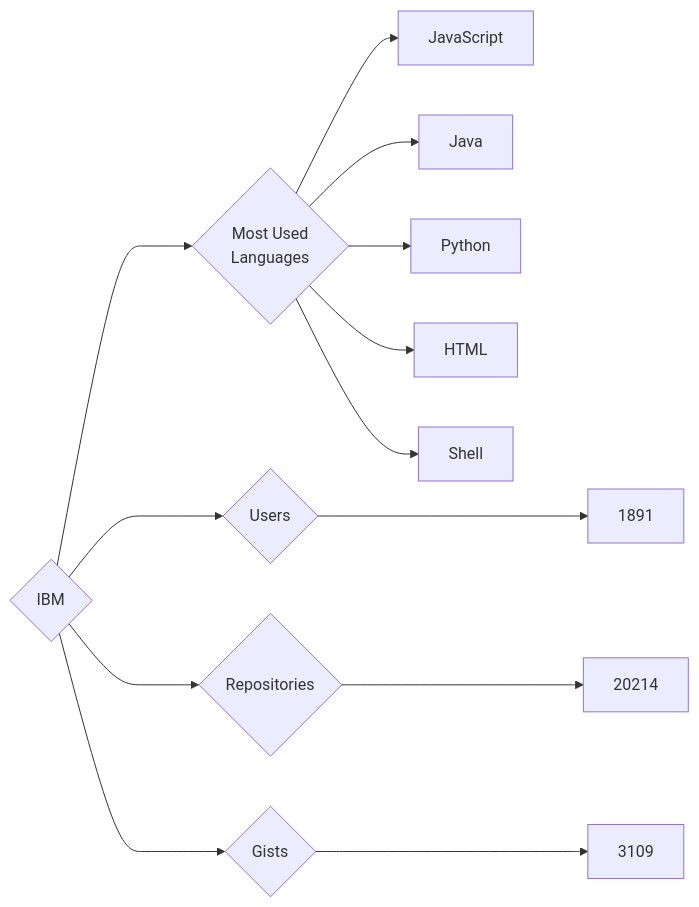
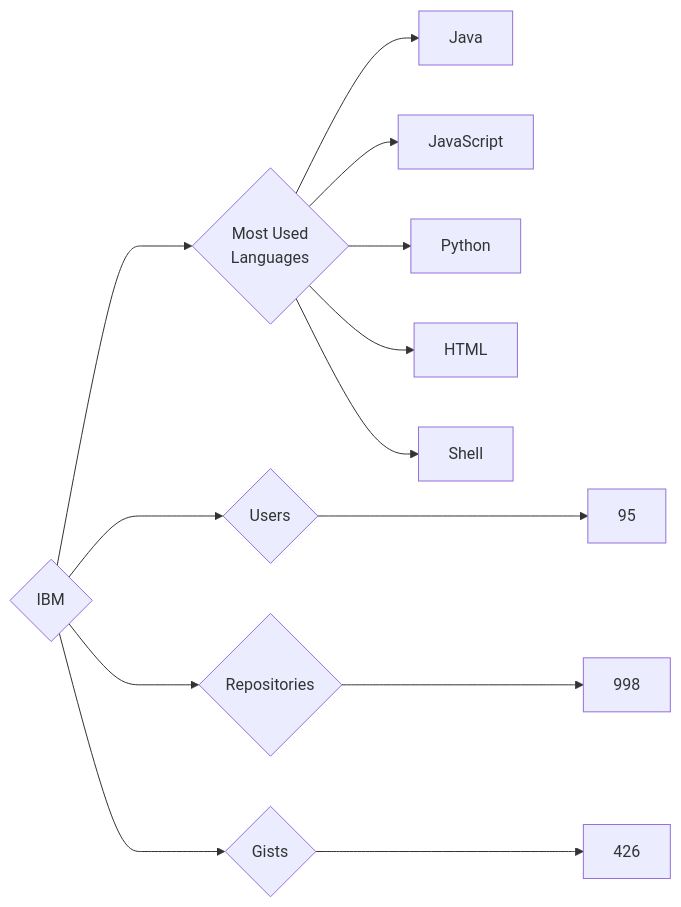
One commit to trickest/insiders changed the diagram in targets/IBM/README.md. Above: the diagram before and after it, drawn with Mermaid. The commit also changed 752 other files, not shown here.

````diff
--- a/targets/IBM/README.md
+++ b/targets/IBM/README.md
@@ -3,13 +3,13 @@
 ```mermaid
 graph LR
 COMPANY_NAME{IBM}
-COMPANY_NAME ---> U{Users} ---> UN[1891]
-COMPANY_NAME ---> R{Repositories} ---> RN[20214]
-COMPANY_NAME ---> G{Gists} ---> GN[3109]
+COMPANY_NAME ---> U{Users} ---> UN[95]
+COMPANY_NAME ---> R{Repositories} ---> RN[998]
+COMPANY_NAME ---> G{Gists} ---> GN[426]
 COMPANY_NAME ---> ML{Most Used<br>Languages}
+ML --> Java[Java]
 ML --> JavaScript[JavaScript]
-ML --> Java[Java]
 ML --> Python[Python]
 ML --> HTML[HTML]
 ML --> Shell[Shell]
 ```
````
